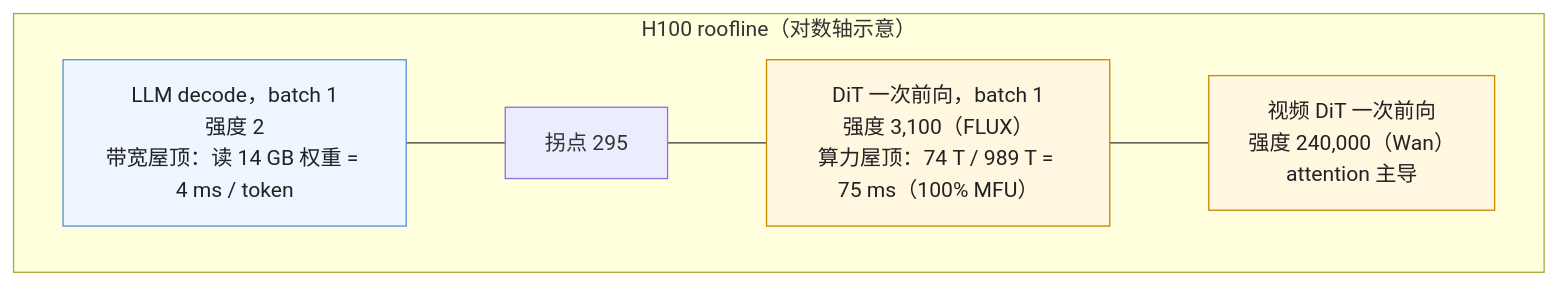
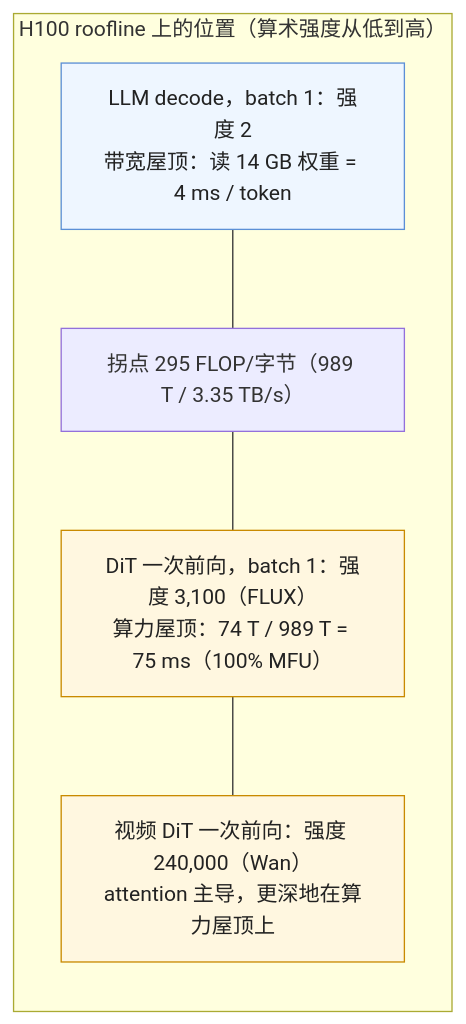
The third of 3 diagrams in _drafts/diffusion-inference-workload-anatomy-and-cost-ledger.md (arganzheng/arganzheng.github.com), drawn with Mermaid before and after one commit. The commit also changed other lines of this file and 12 other files, not shown here.

Commit message:
扩散模型推理基础设施系列（草稿）：行内公式改 $$、图改纵向、L7 第六篇视频成本按 4LN²d 修正；AGENTS / 备忘录 V2.26

````diff
--- a/_drafts/diffusion-inference-workload-anatomy-and-cost-ledger.md
+++ b/_drafts/diffusion-inference-workload-anatomy-and-cost-ledger.md
@@ -304,18 +303,16 @@
 ```mermaid
-flowchart LR
-    subgraph ROOF["H100 roofline（对数轴示意）"]
-        direction LR
-        A["LLM decode，batch 1
-强度 2
-带宽屋顶：读 14 GB 权重 = 4 ms / token"] --- K["拐点 295"] --- B["DiT 一次前向，batch 1
-强度 3,100（FLUX）
+flowchart TB
+    subgraph ROOF["H100 roofline 上的位置（算术强度从低到高）"]
+        direction TB
+        A["LLM decode，batch 1：强度 2
+带宽屋顶：读 14 GB 权重 = 4 ms / token"] --- K["拐点 295 FLOP/字节（989 T / 3.35 TB/s）"]
+        K --- B["DiT 一次前向，batch 1：强度 3,100（FLUX）
 算力屋顶：74 T / 989 T = 75 ms（100% MFU）"]
-        B --- C["视频 DiT 一次前向
-强度 240,000（Wan）
-attention 主导"]
+        B --- C["视频 DiT 一次前向：强度 240,000（Wan）
+attention 主导，更深地在算力屋顶上"]
     end
     classDef mem fill:#eef6ff,stroke:#5b8fd6,color:#222
     classDef comp fill:#fff7e0,stroke:#c98a00,color:#222
     class A mem
     class B,C comp
 ```
````
